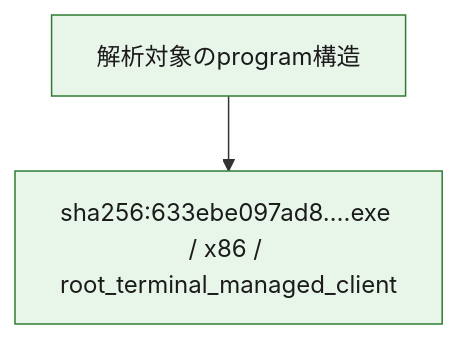
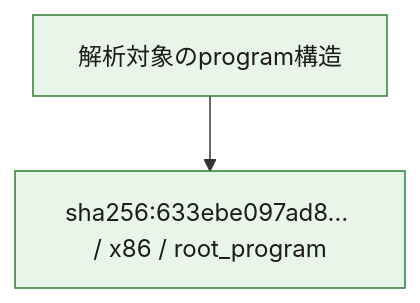
One commit to proshiba/AI-security-analysis changed the third of 3 diagrams in analysis-results/malware/asyncrat/versions/unknown/cases/633ebe097ad8f14f338bd3ce73938ba3c8a4ecf97fc55625427e83e50d9241ed/OVERALL-LOGIC.md. Above: the diagram before and after it, drawn with Mermaid. The commit also changed other lines of this file and 416 other files, not shown here.

````diff
--- a/analysis-results/malware/asyncrat/versions/unknown/cases/633ebe097ad8f14f338bd3ce73938ba3c8a4ecf97fc55625427e83e50d9241ed/OVERALL-LOGIC.md
+++ b/analysis-results/malware/asyncrat/versions/unknown/cases/633ebe097ad8f14f338bd3ce73938ba3c8a4ecf97fc55625427e83e50d9241ed/OVERALL-LOGIC.md
@@ -45,10 +55,10 @@
 ```mermaid
 flowchart TD
   module_scope["解析対象のprogram構造"]
-  module_01["sha256:633ebe097ad8….exe / x86 / root_terminal_managed_client"]
+  module_01["sha256:633ebe097ad8… / x86 / root_program"]
   module_scope --> module_01
   class module_scope confirmed
   class module_01 confirmed
   classDef confirmed fill:#e8f5e9,stroke:#2e7d32,color:#1b1b1b
   classDef unresolved fill:#fff8e1,stroke:#f9a825,color:#1b1b1b,stroke-dasharray:5 5
 ```
````
